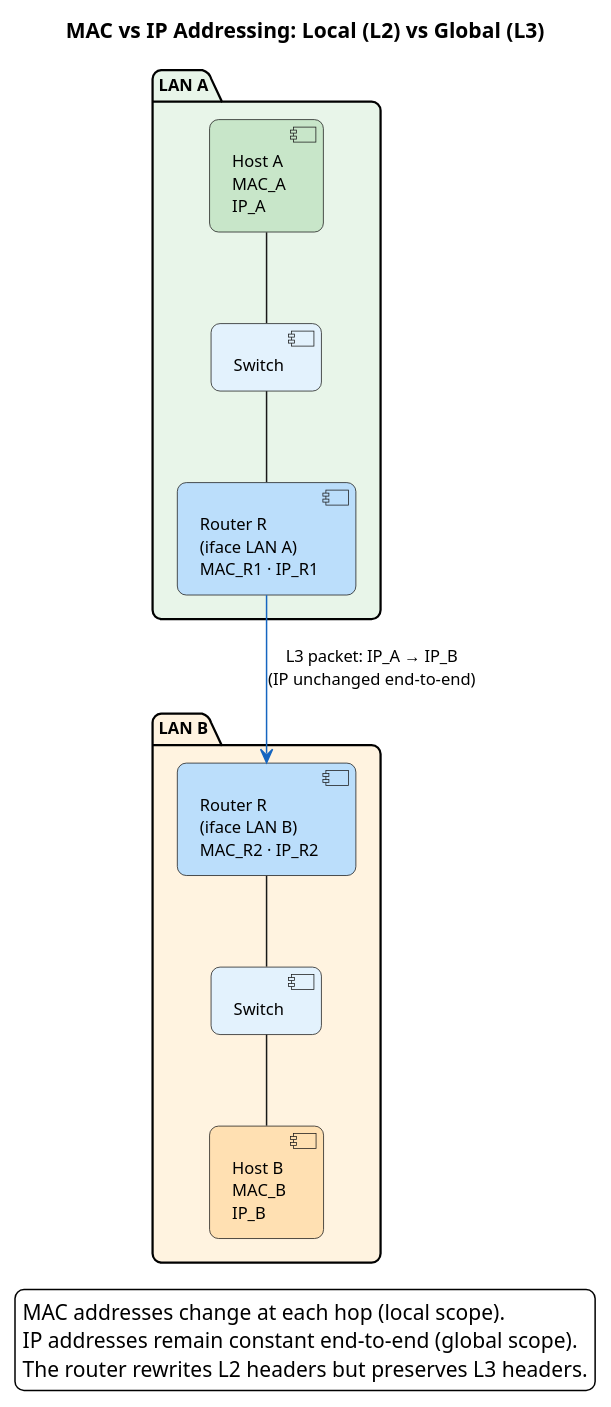
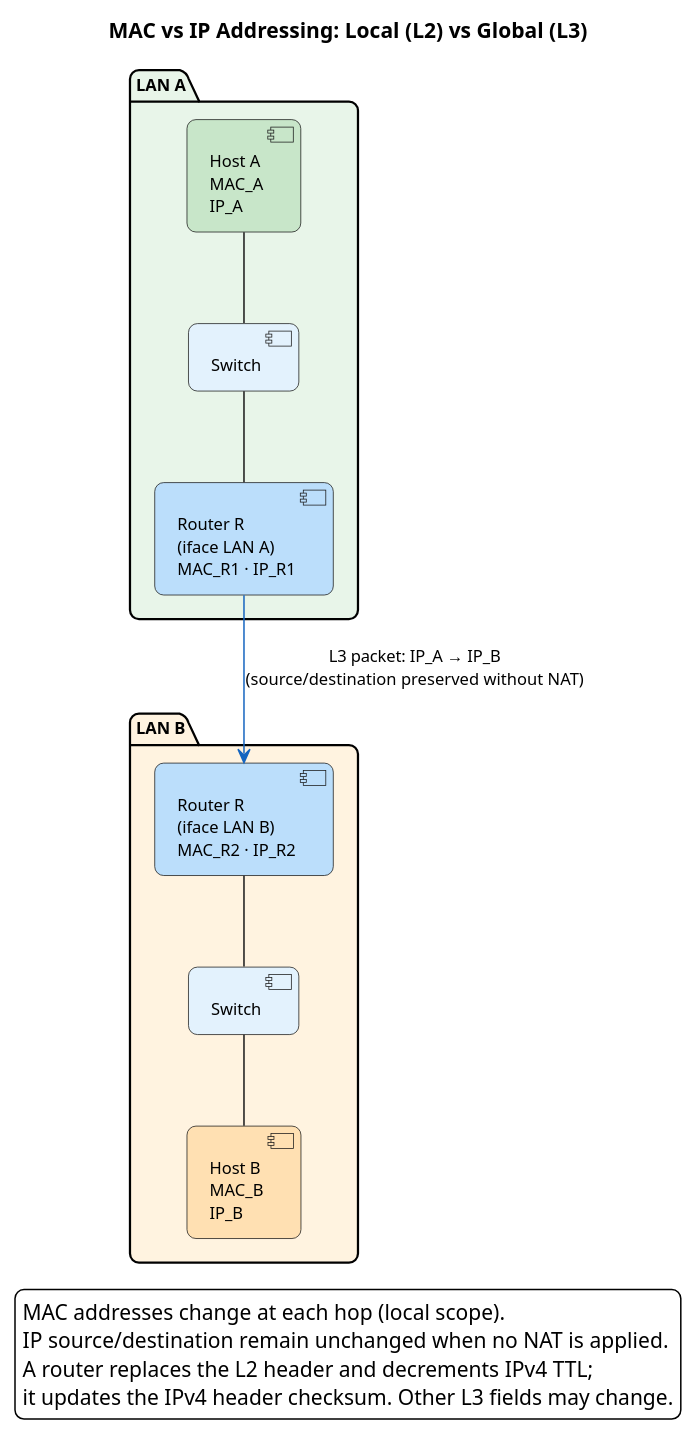
One commit to antonioclim/COMPNET-EN changed the diagram in 03_LECTURES/C05/assets/puml/fig-mac-vs-ip.puml. Above: the diagram before and after it, drawn with PlantUML. The commit also changed 551 other files, not shown here.

```diff
--- a/03_LECTURES/C05/assets/puml/fig-mac-vs-ip.puml
+++ b/03_LECTURES/C05/assets/puml/fig-mac-vs-ip.puml
@@ -1,33 +1,34 @@
 @startuml fig-mac-vs-ip
 skinparam backgroundColor white
 skinparam defaultFontName Arial
 skinparam defaultFontSize 11
 skinparam shadowing false
 skinparam roundcorner 12
 
 title MAC vs IP Addressing: Local (L2) vs Global (L3)
 
 package "LAN A" as lanA #E8F5E9 {
     component "Host A\nMAC_A\nIP_A" as A #C8E6C9
     component "Switch" as SWA #E3F2FD
     component "Router R\n(iface LAN A)\nMAC_R1 · IP_R1" as R1 #BBDEFB
     A -- SWA
     SWA -- R1
 }
 
 package "LAN B" as lanB #FFF3E0 {
     component "Router R\n(iface LAN B)\nMAC_R2 · IP_R2" as R2 #BBDEFB
     component "Switch" as SWB #E3F2FD
     component "Host B\nMAC_B\nIP_B" as B #FFE0B2
     R2 -- SWB
     SWB -- B
 }
 
-R1 -[#1565C0]-> R2 : L3 packet: IP_A → IP_B\n(IP unchanged end-to-end)
+R1 -[#1565C0]-> R2 : L3 packet: IP_A → IP_B\n(source/destination preserved without NAT)
 
 legend bottom
   MAC addresses change at each hop (local scope).
-  IP addresses remain constant end-to-end (global scope).
-  The router rewrites L2 headers but preserves L3 headers.
+  IP source/destination remain unchanged when no NAT is applied.
+  A router replaces the L2 header and decrements IPv4 TTL;
+  it updates the IPv4 header checksum. Other L3 fields may change.
 endlegend
 @enduml
```
